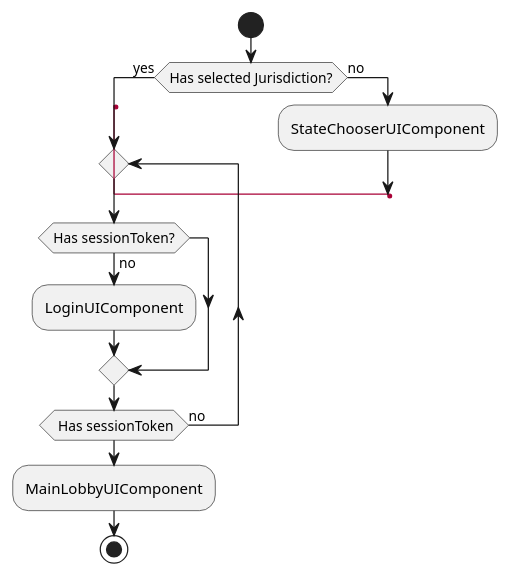
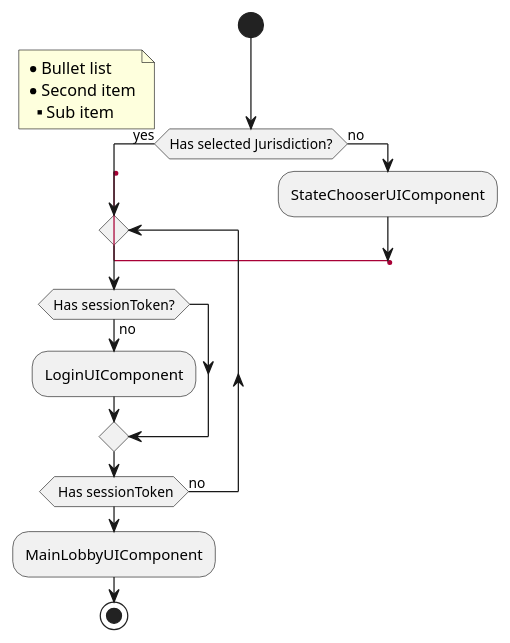
The diagram in uml/login2.puml (palainteractivedev/umlmodels), drawn with PlantUML before and after one commit.

```diff
--- a/uml/login2.puml
+++ b/uml/login2.puml
@@ -1,18 +1,23 @@
 @startuml
 
 start
 if (Has selected Jurisdiction?) then (yes)
   label lbl_login
   repeat
     if (Has sessionToken?) then (no)
       :LoginUIComponent;
     endif
   repeat while( Has sessionToken) is (no)
   :MainLobbyUIComponent;
   stop
 else (no)
   :StateChooserUIComponent;
   goto lbl_login
 endif
+note left
+  * Bullet list
+  * Second item
+  ** Sub item
+end note
 
 @enduml
```
